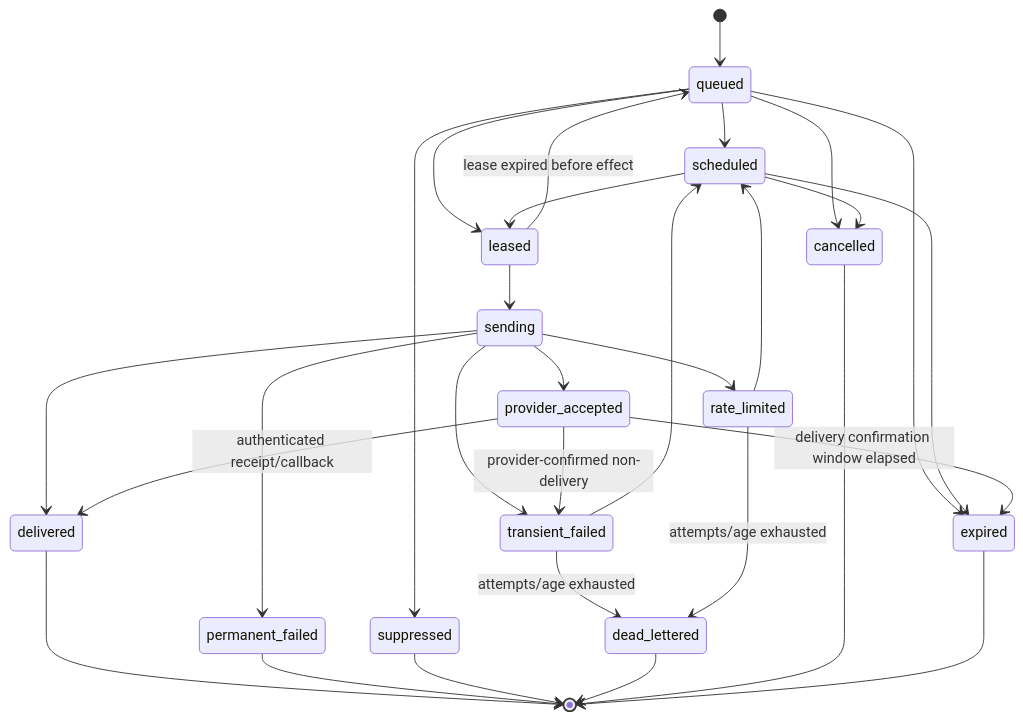
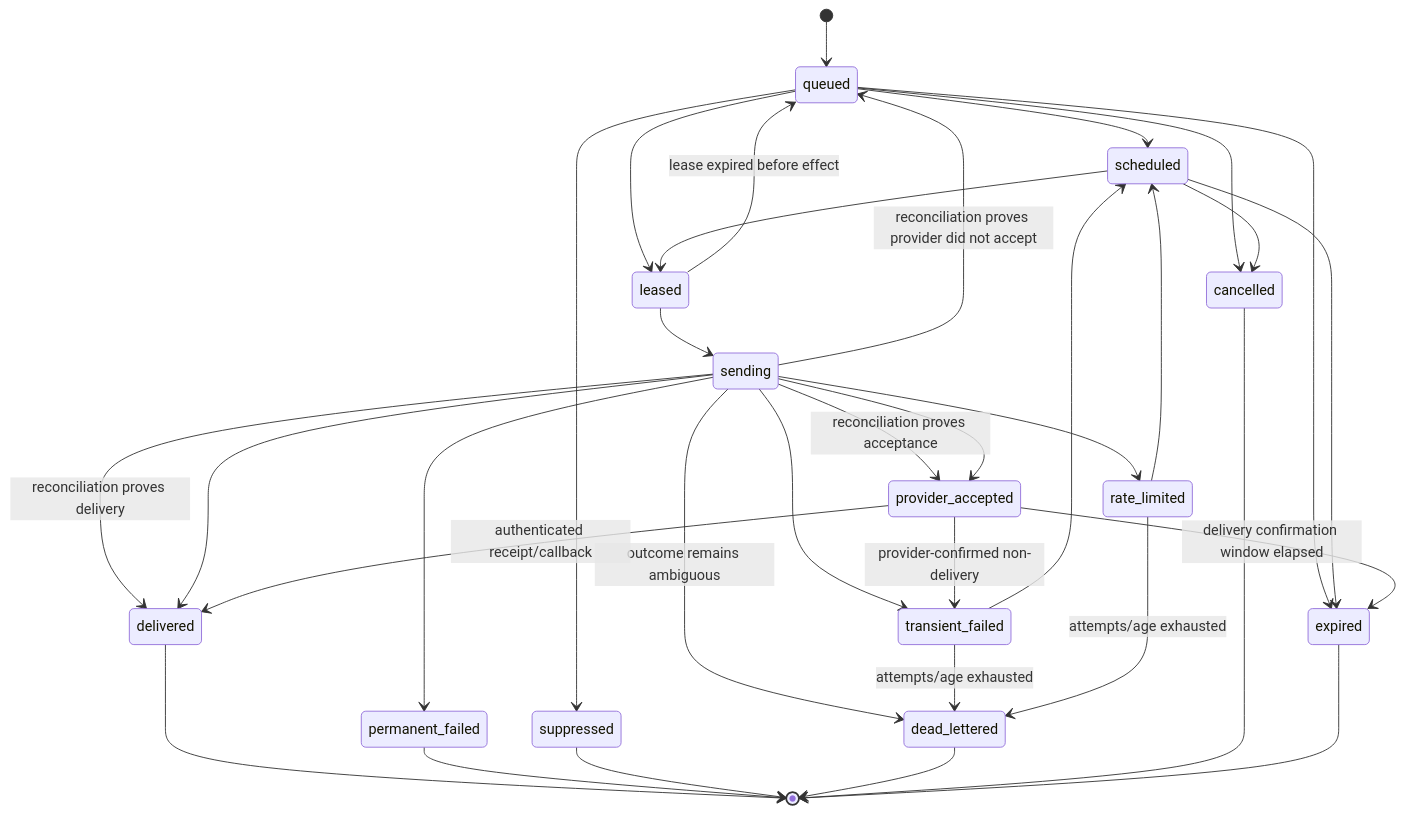
Before and after one commit to stanley07/EcoGov_AI: the diagram in docs/ecogov/WF2_DELIVERY_STATE_MACHINE.md, drawn with Mermaid. The commit also changed other lines of this file and 15 other files, not shown here.

Commit message:
docs(notifications): incorporate WF-2 architecture review

````diff
--- a/docs/ecogov/WF2_DELIVERY_STATE_MACHINE.md
+++ b/docs/ecogov/WF2_DELIVERY_STATE_MACHINE.md
@@ -37,32 +37,36 @@
 ```mermaid
 stateDiagram-v2
   [*] --> queued
   queued --> scheduled
   queued --> leased
   queued --> suppressed
   queued --> cancelled
   queued --> expired
   scheduled --> leased
   scheduled --> cancelled
   scheduled --> expired
   leased --> sending
   leased --> queued: lease expired before effect
+  sending --> queued: reconciliation proves provider did not accept
+  sending --> provider_accepted: reconciliation proves acceptance
+  sending --> delivered: reconciliation proves delivery
+  sending --> dead_lettered: outcome remains ambiguous
   sending --> provider_accepted
   sending --> delivered
   sending --> transient_failed
   sending --> rate_limited
   sending --> permanent_failed
   provider_accepted --> delivered: authenticated receipt/callback
   provider_accepted --> transient_failed: provider-confirmed non-delivery
   transient_failed --> scheduled
   rate_limited --> scheduled
   transient_failed --> dead_lettered: attempts/age exhausted
   rate_limited --> dead_lettered: attempts/age exhausted
   provider_accepted --> expired: delivery confirmation window elapsed
   delivered --> [*]
   permanent_failed --> [*]
   suppressed --> [*]
   dead_lettered --> [*]
   cancelled --> [*]
   expired --> [*]
 ```
````
